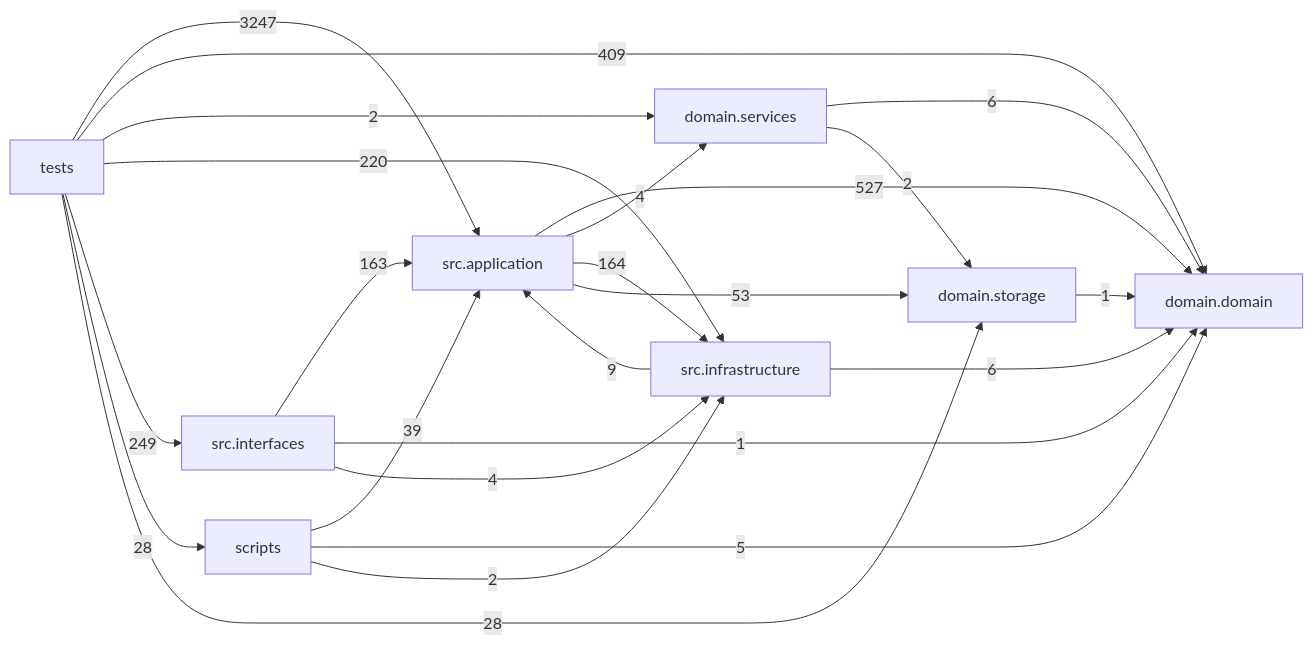
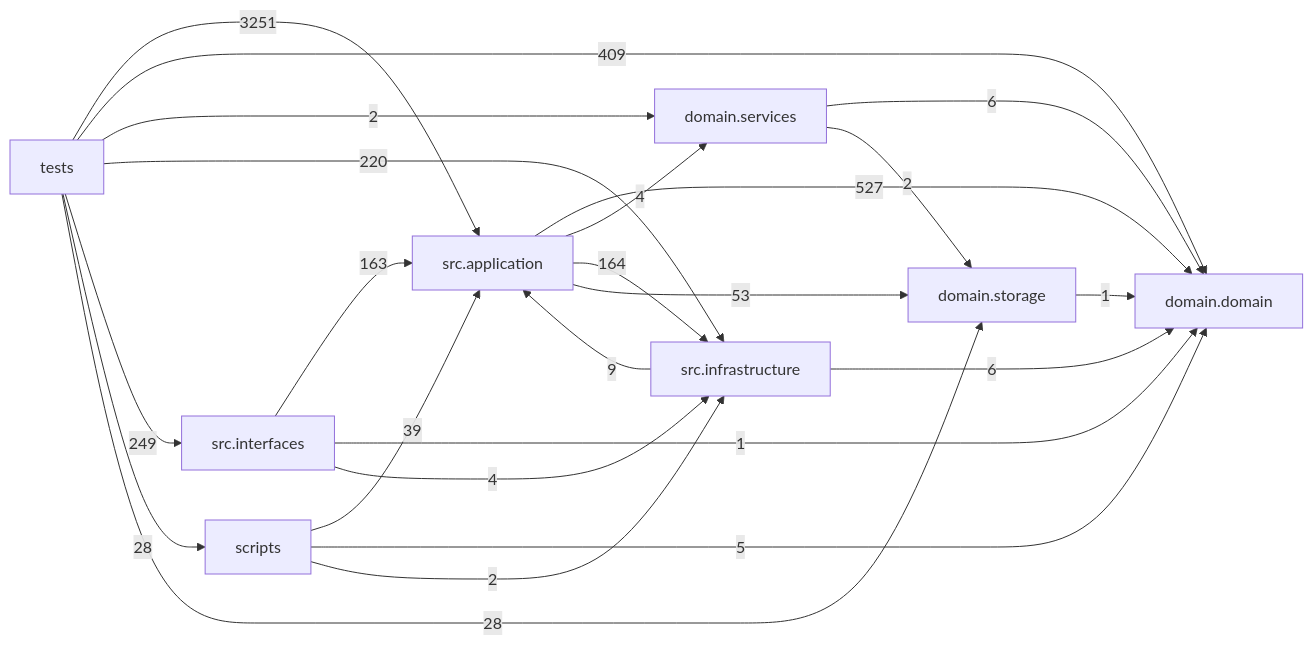
One commit to liuxie066/options-monitor changed the diagram in docs/DEPENDENCY_GRAPH.md. Above: the diagram before and after it, drawn with Mermaid. The commit also changed other lines of this file and 33 other files, not shown here.

````diff
--- a/docs/DEPENDENCY_GRAPH.md
+++ b/docs/DEPENDENCY_GRAPH.md
@@ -24,33 +24,33 @@
 ```mermaid
 flowchart LR
   tests["tests"]
   scripts["scripts"]
   interfaces["src.interfaces"]
   application["src.application"]
   infrastructure["src.infrastructure"]
   domain_services["domain.services"]
   domain["domain.domain"]
   storage["domain.storage"]
   application -->|527| domain
   application -->|4| domain_services
   application -->|164| infrastructure
   application -->|53| storage
   domain_services -->|6| domain
   domain_services -->|2| storage
   infrastructure -->|9| application
   infrastructure -->|6| domain
   interfaces -->|163| application
   interfaces -->|1| domain
   interfaces -->|4| infrastructure
   scripts -->|39| application
   scripts -->|5| domain
   scripts -->|2| infrastructure
   storage -->|1| domain
-  tests -->|3247| application
+  tests -->|3251| application
   tests -->|409| domain
   tests -->|2| domain_services
   tests -->|220| infrastructure
   tests -->|249| interfaces
   tests -->|28| scripts
   tests -->|28| storage
 ```
````
